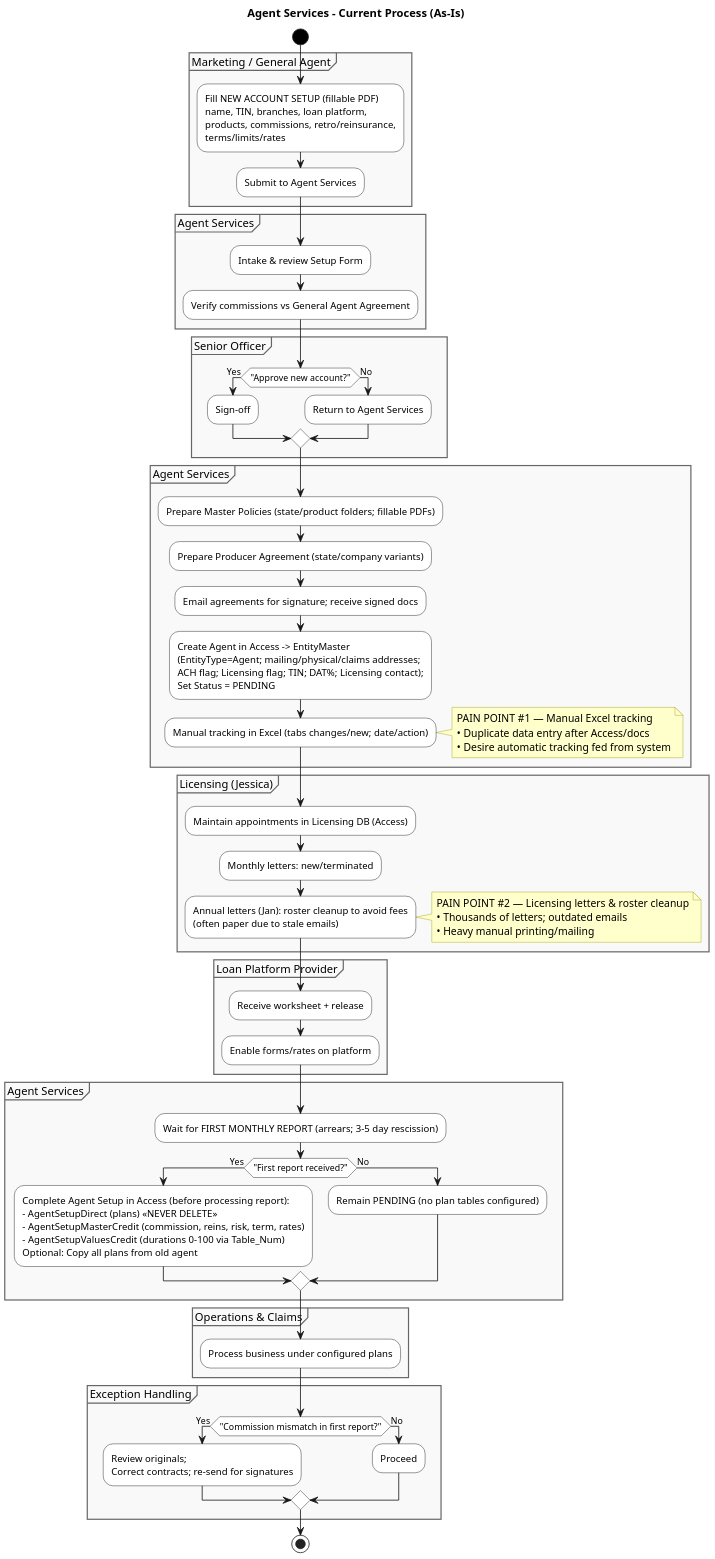
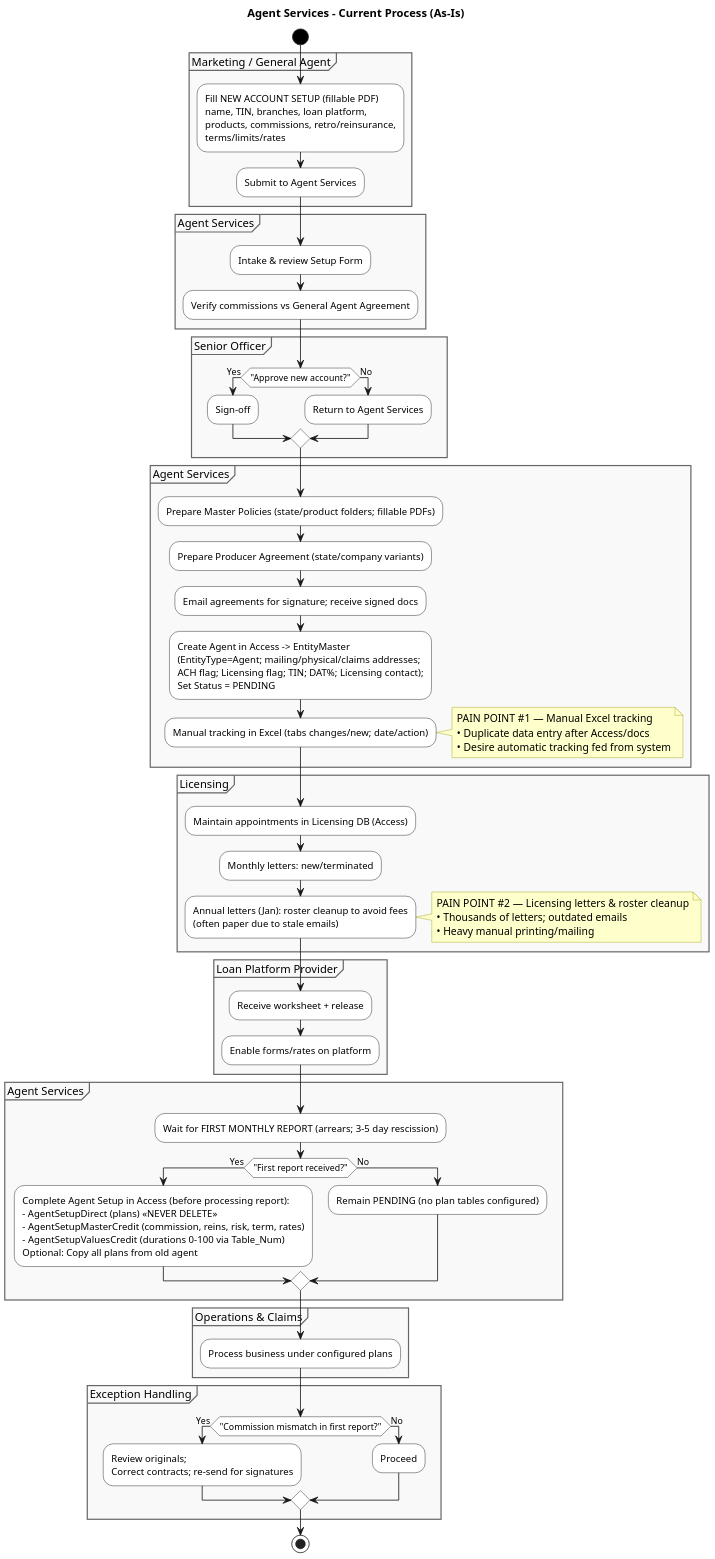
Before and after one commit to VardanianJacob/Agent-Services---Documentation: the diagram in Process Diagrams/as-is/current_process_as_is_v1.puml, drawn with PlantUML. The commit also changed 10 other files, not shown here.

First line of the commit message:
fix: remove personal names and unnecessary clarifications from diagram titles

```diff
--- a/Process Diagrams/as-is/current_process_as_is_v1.puml
+++ b/Process Diagrams/as-is/current_process_as_is_v1.puml
@@ -1,94 +1,94 @@
 @startuml
 title Agent Services - Current Process (As-Is)
 
 skinparam dpi 150
 skinparam activity {
   BackgroundColor White
   BorderColor Black
   StartColor Black
   EndColor Black
   DiamondBackgroundColor White
   DiamondBorderColor Black
   RoundCorner 20
 }
 skinparam note {
   BackgroundColor #FFFFCC
   BorderColor #999900
 }
 skinparam partitionBorderColor #666666
 skinparam partitionBackgroundColor #F9F9F9
 skinparam shadowing false
 
 start
 
 partition "Marketing / General Agent" {
   :Fill NEW ACCOUNT SETUP (fillable PDF)\nname, TIN, branches, loan platform,\nproducts, commissions, retro/reinsurance,\nterms/limits/rates;
   :Submit to Agent Services;
 }
 
 partition "Agent Services" {
   :Intake & review Setup Form;
   :Verify commissions vs General Agent Agreement;
 }
 
 partition "Senior Officer" {
   if ("Approve new account?") then (Yes)
     :Sign-off;
   else (No)
     :Return to Agent Services;
   endif
 }
 
 partition "Agent Services" {
   :Prepare Master Policies (state/product folders; fillable PDFs);
   :Prepare Producer Agreement (state/company variants);
   :Email agreements for signature; receive signed docs;
   :Create Agent in Access -> EntityMaster\n(EntityType=Agent; mailing/physical/claims addresses;\nACH flag; Licensing flag; TIN; DAT%; Licensing contact);\nSet Status = PENDING;
   :Manual tracking in Excel (tabs changes/new; date/action);
   note right
   PAIN POINT #1 — Manual Excel tracking
   • Duplicate data entry after Access/docs
   • Desire automatic tracking fed from system
   end note
 }
 
-partition "Licensing (Jessica)" {
+partition "Licensing" {
   :Maintain appointments in Licensing DB (Access);
   :Monthly letters: new/terminated;
   :Annual letters (Jan): roster cleanup to avoid fees\n(often paper due to stale emails);
   note right
   PAIN POINT #2 — Licensing letters & roster cleanup
   • Thousands of letters; outdated emails
   • Heavy manual printing/mailing
   end note
 }
 
 partition "Loan Platform Provider" {
   :Receive worksheet + release;
   :Enable forms/rates on platform;
 }
 
 partition "Agent Services" {
   :Wait for FIRST MONTHLY REPORT (arrears; 3-5 day rescission);
   if ("First report received?") then (Yes)
     :Complete Agent Setup in Access (before processing report):\n- AgentSetupDirect (plans) «NEVER DELETE»\n- AgentSetupMasterCredit (commission, reins, risk, term, rates)\n- AgentSetupValuesCredit (durations 0-100 via Table_Num)\nOptional: Copy all plans from old agent;
   else (No)
     :Remain PENDING (no plan tables configured);
   endif
 }
 
 partition "Operations & Claims" {
   :Process business under configured plans;
 }
 
 partition "Exception Handling" {
   if ("Commission mismatch in first report?") then (Yes)
     :Review originals;\nCorrect contracts; re-send for signatures;
   else (No)
     :Proceed;
   endif
 }
 
 stop
 
 @enduml
```
